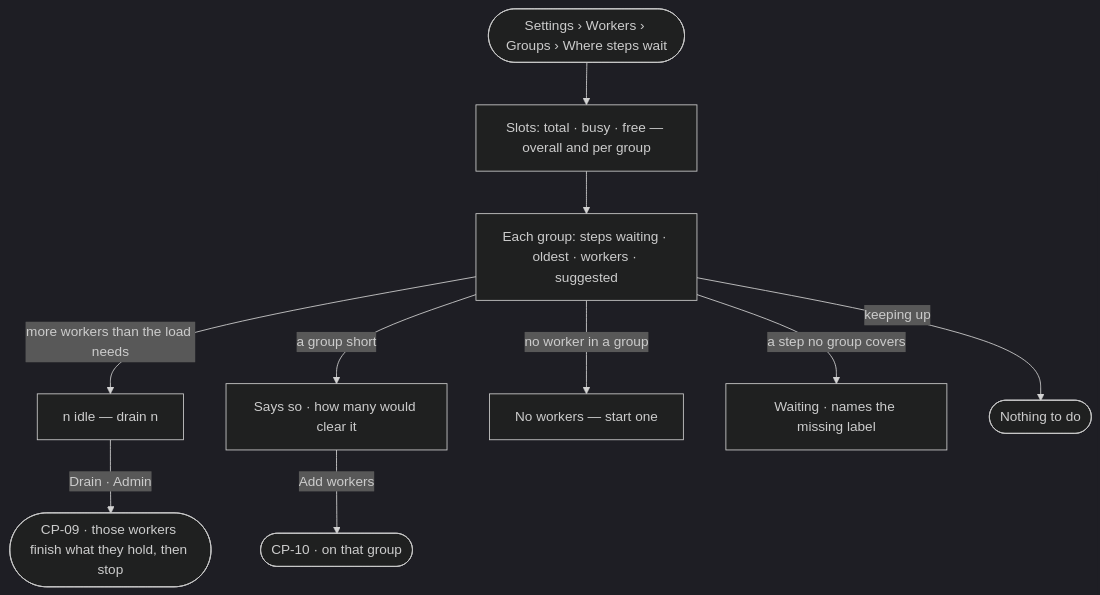
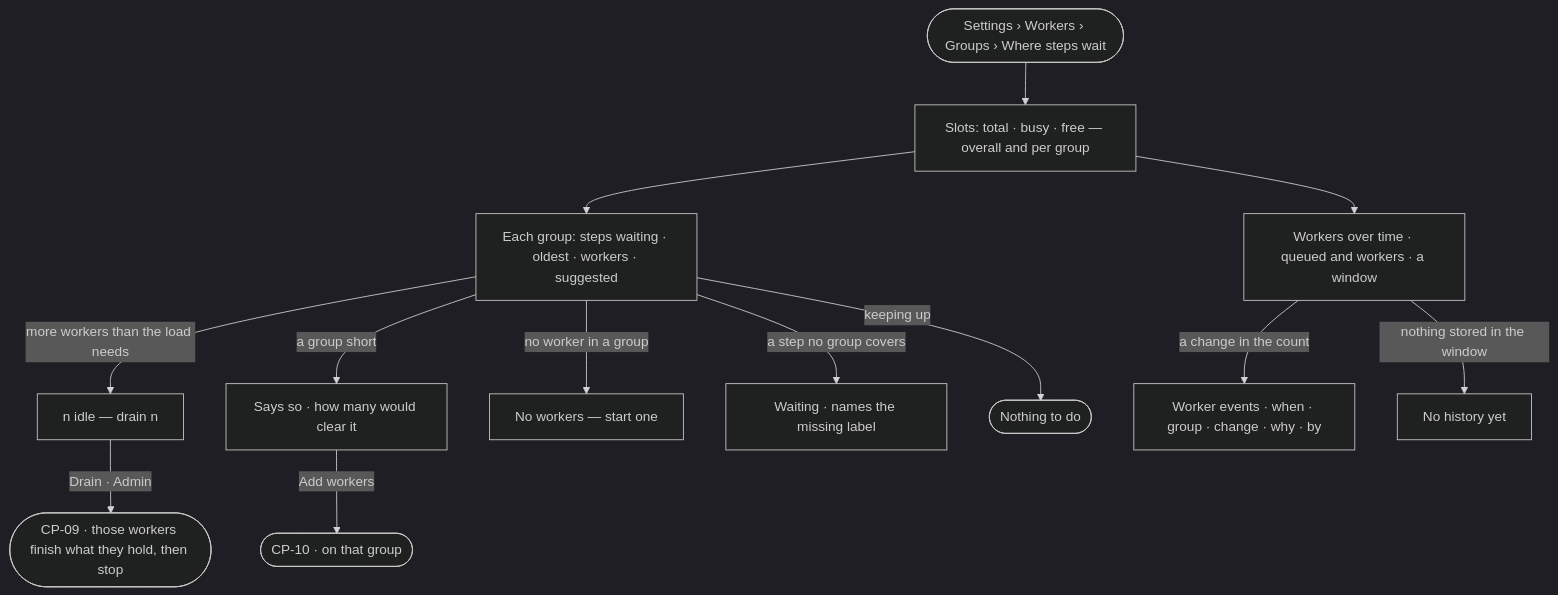
Before and after one commit to invana/invana: the diagram in specs/os/control/features/CP-F03-workers-and-the-queue/stories/CP-08-see-how-many-workers-each-group-needs/story.md, drawn with Mermaid (dark theme). The commit also changed other lines of this file and 6 other files, not shown here.

Commit message:
wip(platform-design-2): P04 · step 1 — fleet chart and events, add-workers run steps, IAM extensions

````diff
--- a/specs/os/control/features/CP-F03-workers-and-the-queue/stories/CP-08-see-how-many-workers-each-group-needs/story.md
+++ b/specs/os/control/features/CP-F03-workers-and-the-queue/stories/CP-08-see-how-many-workers-each-group-needs/story.md
@@ -27,12 +27,15 @@
 ```mermaid
 flowchart TD
   s([Settings › Workers › Groups › Where steps wait]) --> sl["Slots: total · busy · free — overall and per group"]
   sl --> g["Each group: steps waiting · oldest · workers · suggested"]
   g -->|more workers than the load needs| idle["n idle — drain n"]
   idle -->|Drain · Admin| dr(["CP-09 · those workers finish what they hold, then stop"])
   g -->|a group short| c["Says so · how many would clear it"]
   c -->|Add workers| add(["CP-10 · on that group"])
   g -->|no worker in a group| nw["No workers — start one"]
   g -->|a step no group covers| un["Waiting · names the missing label"]
   g -->|keeping up| ok(["Nothing to do"])
+  sl --> ch["Workers over time · queued and workers · a window"]
+  ch -->|a change in the count| ev["Worker events · when · group · change · why · by"]
+  ch -->|nothing stored in the window| nd["No history yet"]
 ```
````
